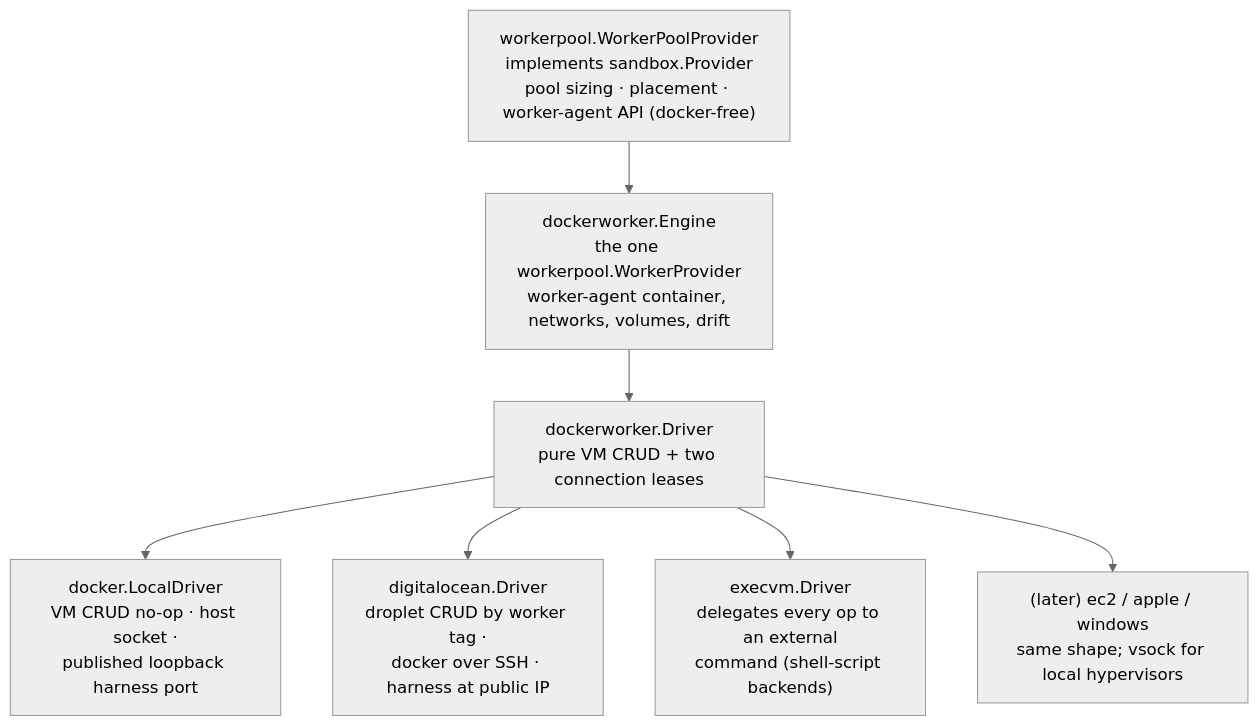
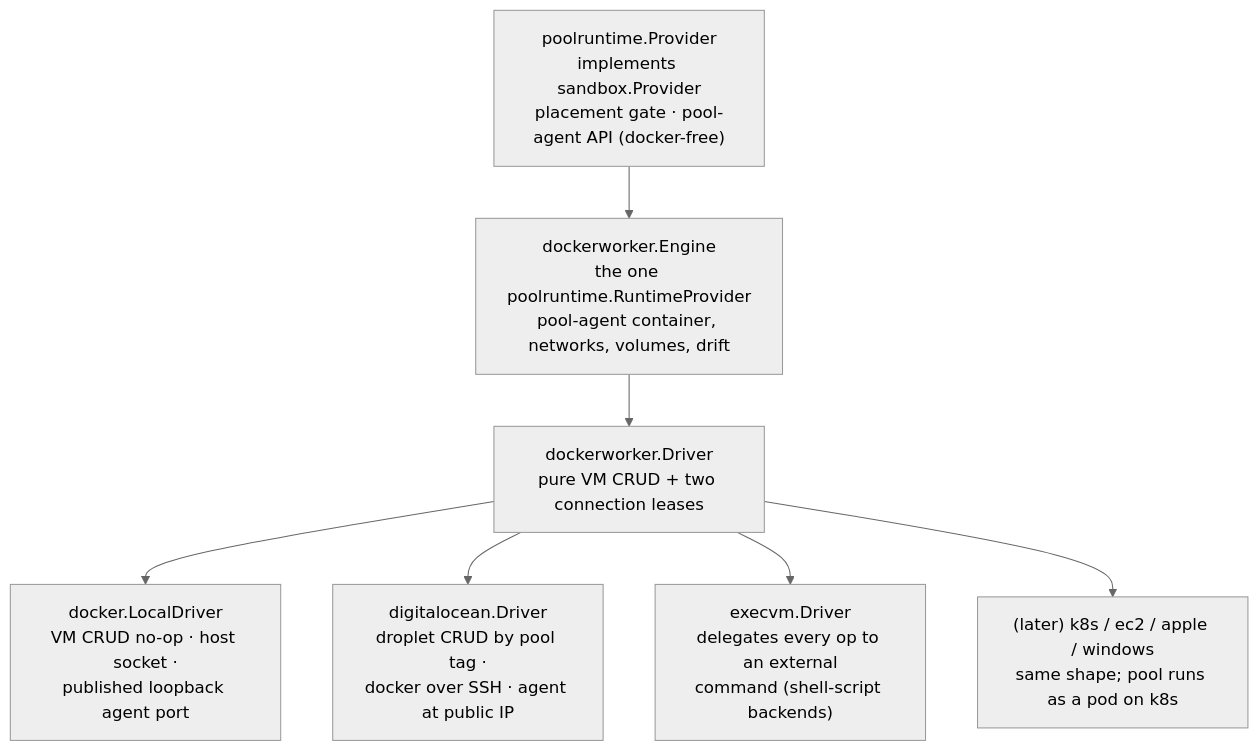
One commit to discobox-ai/discobox changed the diagram in server/providers/DESIGN.md. Above: the diagram before and after it, drawn with Mermaid (neutral theme). The commit also changed other lines of this file and 294 other files, not shown here.

First line of the commit message:
wip: implement ADR 0003 + 0006 — pool is a first-class primitive and its own runtime host

````diff
--- a/server/providers/DESIGN.md
+++ b/server/providers/DESIGN.md
@@ -26,13 +29,13 @@
 ```mermaid
 flowchart TD
-    pool["workerpool.WorkerPoolProvider\nimplements sandbox.Provider\npool sizing · placement · worker-agent API (docker-free)"]
-    engine["dockerworker.Engine\nthe one workerpool.WorkerProvider\nworker-agent container, networks, volumes, drift"]
+    pool["poolruntime.Provider\nimplements sandbox.Provider\nplacement gate · pool-agent API (docker-free)"]
+    engine["dockerworker.Engine\nthe one poolruntime.RuntimeProvider\npool-agent container, networks, volumes, drift"]
     driver["dockerworker.Driver\npure VM CRUD + two connection leases"]
-    local["docker.LocalDriver\nVM CRUD no-op · host socket ·\npublished loopback harness port"]
-    do["digitalocean.Driver\ndroplet CRUD by worker tag ·\ndocker over SSH · harness at public IP"]
+    local["docker.LocalDriver\nVM CRUD no-op · host socket ·\npublished loopback agent port"]
+    do["digitalocean.Driver\ndroplet CRUD by pool tag ·\ndocker over SSH · agent at public IP"]
     execd["execvm.Driver\ndelegates every op to an external\ncommand (shell-script backends)"]
-    future["(later) ec2 / apple / windows\nsame shape; vsock for local hypervisors"]
+    future["(later) k8s / ec2 / apple / windows\nsame shape; pool runs as a pod on k8s"]
 
     pool --> engine --> driver
     driver --> local & do & execd & future
 ```
````
